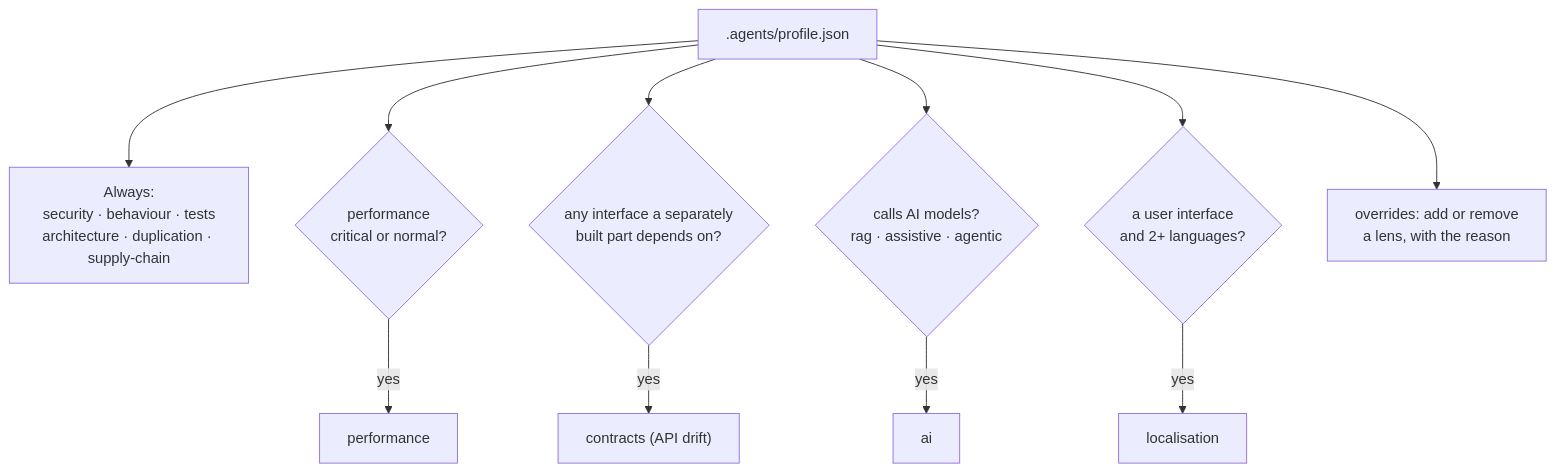
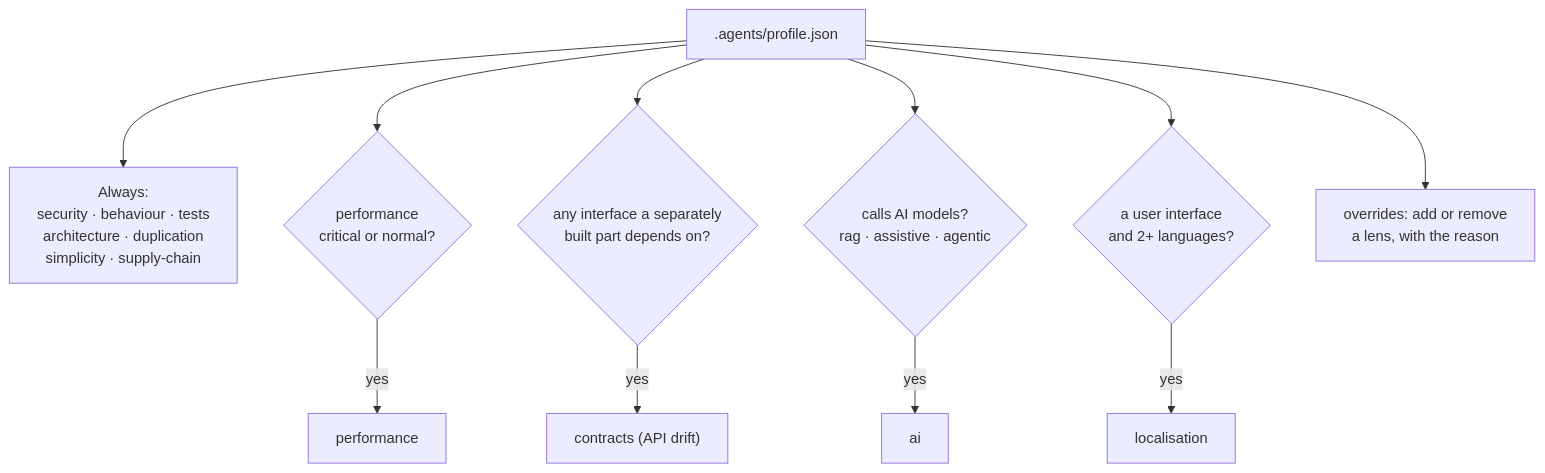
The sixth of 8 diagrams in README.md (chaordic-io/discipline), drawn with Mermaid before and after one commit. The commit also changed other lines of this file and 17 other files, not shown here.

````diff
--- a/README.md
+++ b/README.md
@@ -316,13 +316,13 @@
 ```mermaid
 flowchart TD
-    PF[".agents/profile.json"] --> CORE["Always:<br/>security · behaviour · tests<br/>architecture · duplication · supply-chain"]
+    PF[".agents/profile.json"] --> CORE["Always:<br/>security · behaviour · tests<br/>architecture · duplication<br/>simplicity · supply-chain"]
     PF --> PQ{"performance<br/>critical or normal?"}
     PQ -- yes --> PERF[performance]
     PF --> IQ{"any interface a separately<br/>built part depends on?"}
     IQ -- yes --> CON["contracts (API drift)"]
     PF --> AQ{"calls AI models?<br/>rag · assistive · agentic"}
     AQ -- yes --> AI[ai]
     PF --> LQ{"a user interface<br/>and 2+ languages?"}
     LQ -- yes --> LOC[localisation]
     PF --> OV["overrides: add or remove<br/>a lens, with the reason"]
 ```
````
